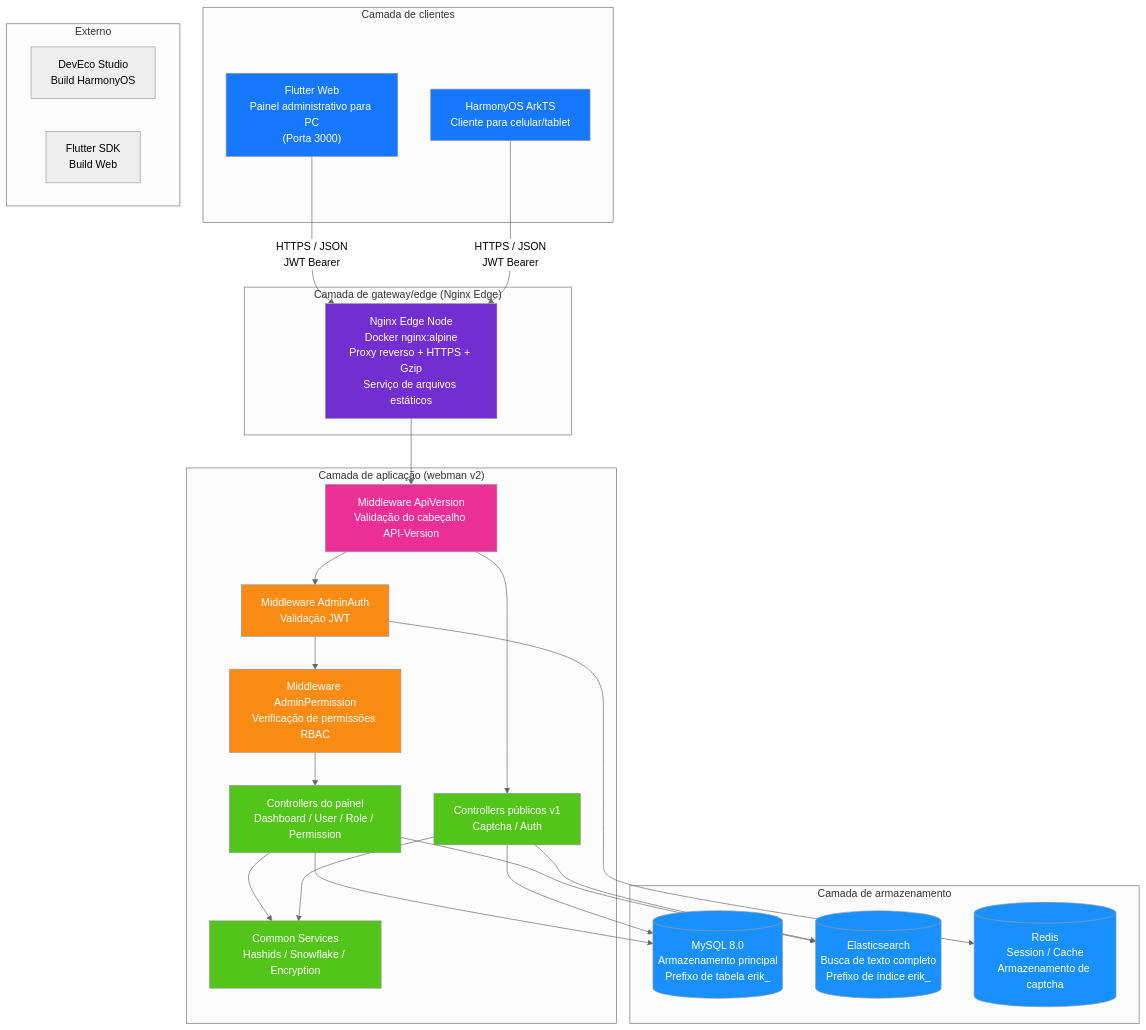
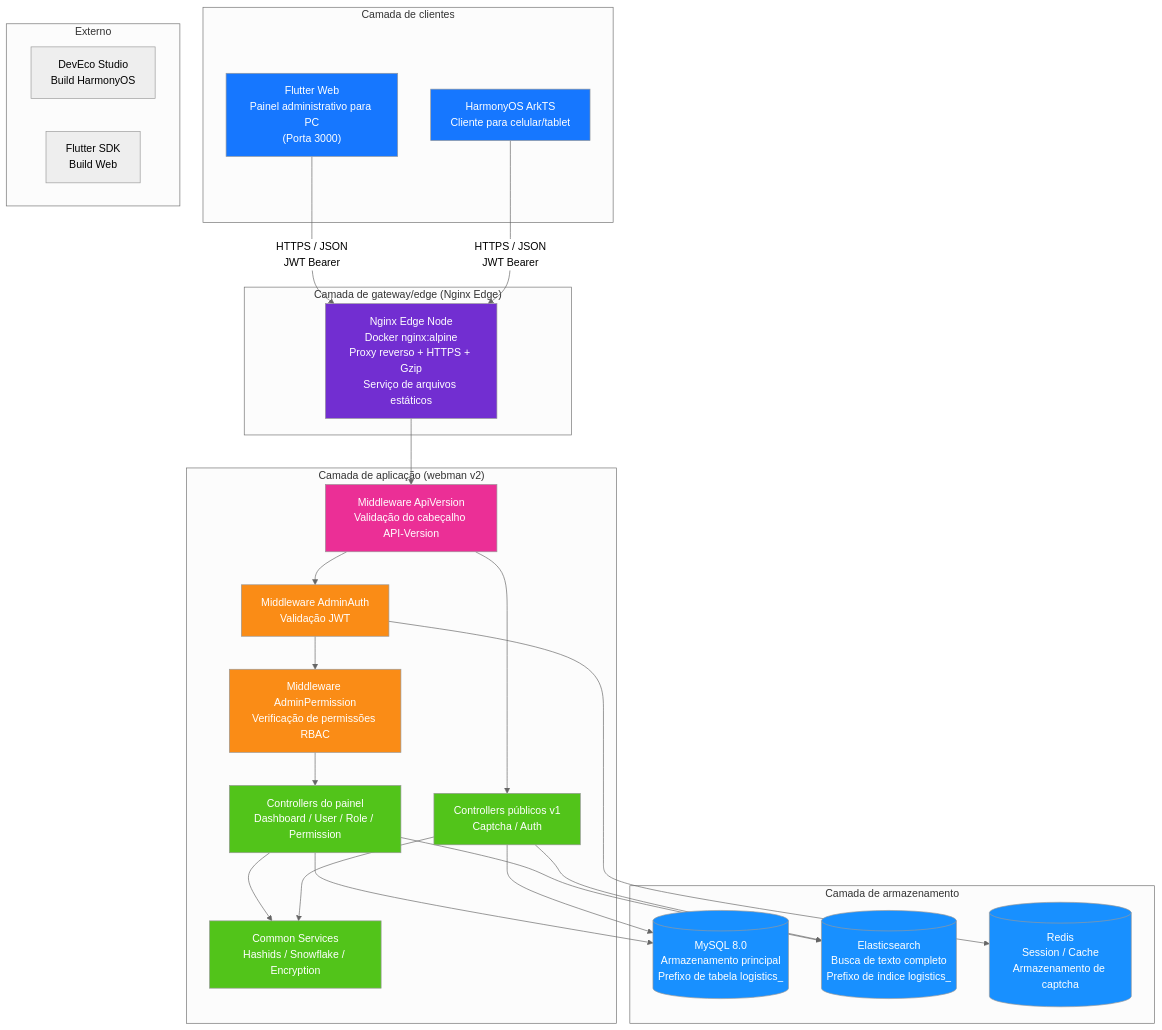
Before and after one commit to erikwang2013/integrated-global-logistics: the first of 14 diagrams in admin/docs/ARCHITECTURE.pt.md, drawn with Mermaid (neutral theme). The commit also changed other lines of this file and 211 other files, not shown here.

````diff
--- a/admin/docs/ARCHITECTURE.pt.md
+++ b/admin/docs/ARCHITECTURE.pt.md
@@ -13,59 +13,59 @@
 ```mermaid
 flowchart TB
     subgraph "Camada de clientes"
         A1["Flutter Web<br/>Painel administrativo para PC<br/>(Porta 3000)"]
         A2["HarmonyOS ArkTS<br/>Cliente para celular/tablet"]
     end
 
     subgraph "Camada de gateway/edge (Nginx Edge)"
         B1["Nginx Edge Node<br/>Docker nginx:alpine<br/>Proxy reverso + HTTPS + Gzip<br/>Serviço de arquivos estáticos"]
     end
 
     subgraph "Camada de aplicação (webman v2)"
         C0["Middleware ApiVersion<br/>Validação do cabeçalho API-Version"]
         C1["Middleware AdminAuth<br/>Validação JWT"]
         C2["Middleware AdminPermission<br/>Verificação de permissões RBAC"]
         C3["Controllers do painel<br/>Dashboard / User / Role / Permission"]
         C4["Controllers públicos v1<br/>Captcha / Auth"]
         C5["Common Services<br/>Hashids / Snowflake / Encryption"]
     end
 
     subgraph "Camada de armazenamento"
-        D1[("MySQL 8.0<br/>Armazenamento principal<br/>Prefixo de tabela erik_")]
-        D2[("Elasticsearch<br/>Busca de texto completo<br/>Prefixo de índice erik_")]
+        D1[("MySQL 8.0<br/>Armazenamento principal<br/>Prefixo de tabela logistics_")]
+        D2[("Elasticsearch<br/>Busca de texto completo<br/>Prefixo de índice logistics_")]
         D3[("Redis<br/>Session / Cache<br/>Armazenamento de captcha")]
     end
 
     subgraph "Externo"
         E1["DevEco Studio<br/>Build HarmonyOS"]
         E2["Flutter SDK<br/>Build Web"]
     end
 
     A1 -->|"HTTPS / JSON<br/>JWT Bearer"| B1
     A2 -->|"HTTPS / JSON<br/>JWT Bearer"| B1
     B1 --> C0
     C0 --> C1
     C1 --> C2
     C2 --> C3
     C0 --> C4
     C3 --> C5
     C4 --> C5
     C3 --> D1
     C4 --> D1
     C3 --> D2
     C4 --> D2
     C1 --> D3
 
     style A1 fill:#1677FF,color:#fff
     style A2 fill:#1677FF,color:#fff
     style B1 fill:#722ED1,color:#fff
     style C0 fill:#EB2F96,color:#fff
     style C1 fill:#FA8C16,color:#fff
     style C2 fill:#FA8C16,color:#fff
     style C3 fill:#52C41A,color:#fff
     style C4 fill:#52C41A,color:#fff
     style C5 fill:#52C41A,color:#fff
     style D1 fill:#1890FF,color:#fff
     style D2 fill:#1890FF,color:#fff
     style D3 fill:#1890FF,color:#fff
 ```
````
